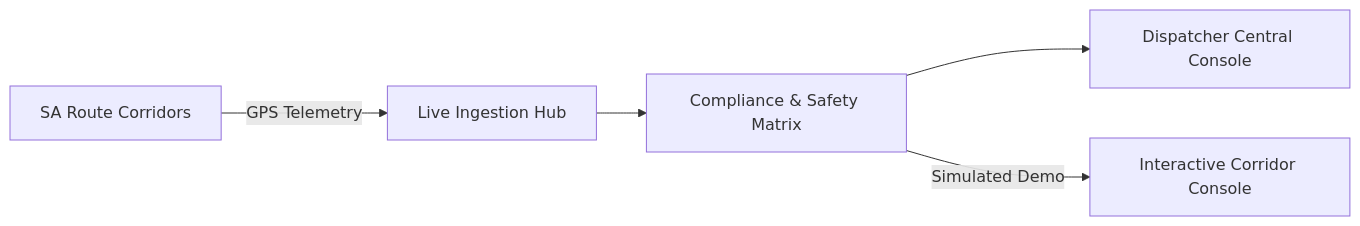
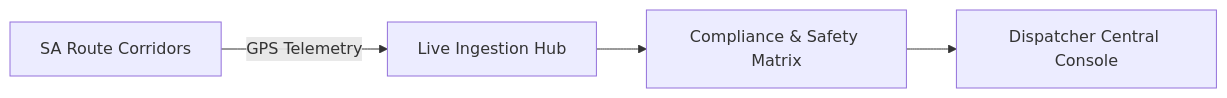
Before and after one commit to shahrukh-hack/shahrukh-hack: the second of 3 diagrams in README.md, drawn with Mermaid. The commit also changed other lines of this file, not shown here.

Commit message:
docs: update profile README with direct standalone demo links for each public project

````diff
--- a/README.md
+++ b/README.md
@@ -63,7 +74,6 @@
 ```mermaid
 graph LR
     A[SA Route Corridors] -->|GPS Telemetry| B[Live Ingestion Hub]
     B --> C[Compliance & Safety Matrix]
     C --> D[Dispatcher Central Console]
-    C -->|Simulated Demo| E[Interactive Corridor Console]
 ```
````
